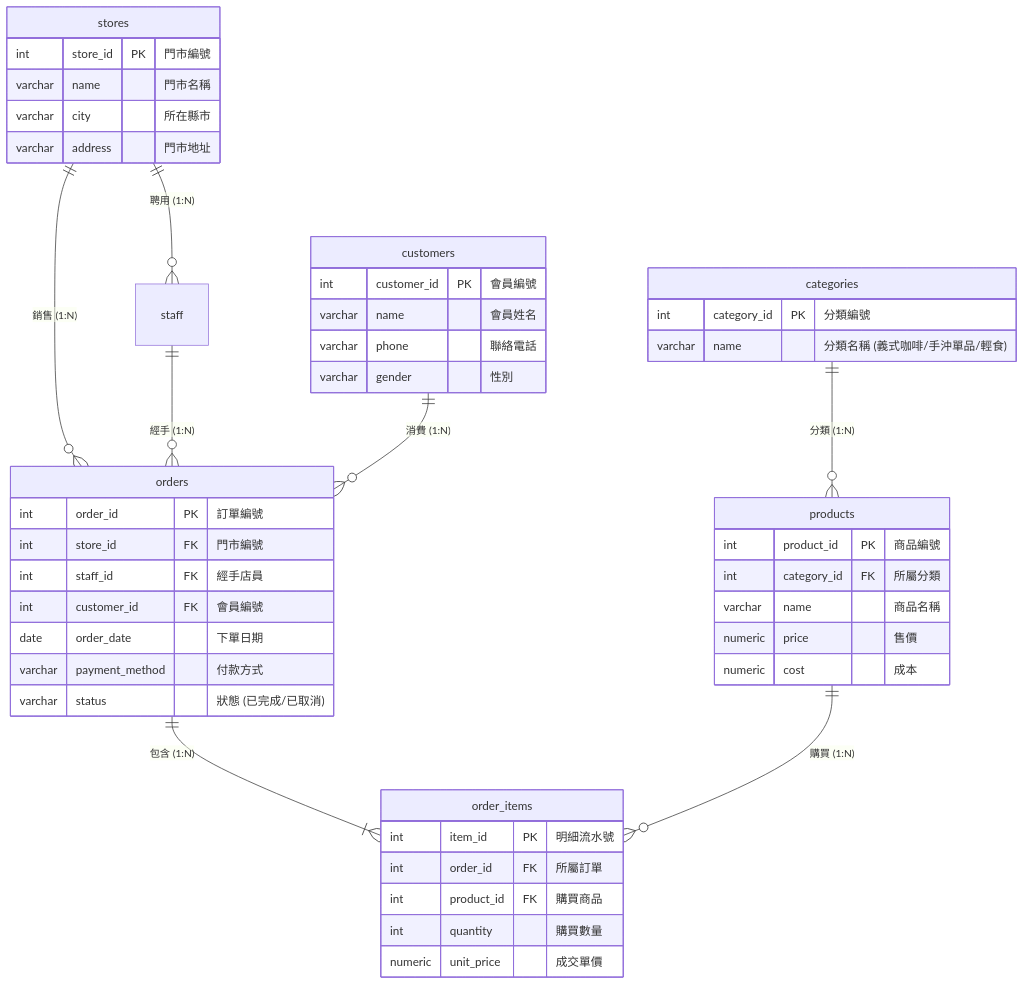
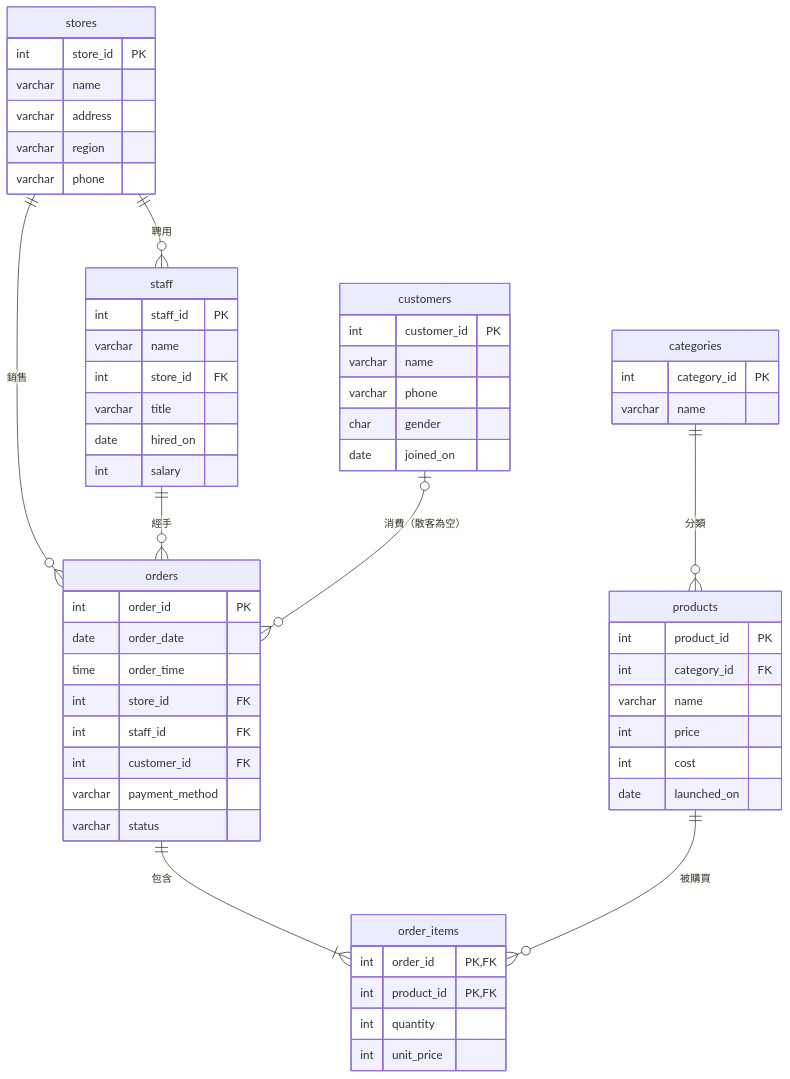
The first of 2 diagrams in SQL語法教學/7創建關聯資料庫.md (roberthsu2003/postgreSQL_MCP), drawn with Mermaid before and after one commit. The commit also changed other lines of this file and 67 other files, not shown here.

````diff
--- a/SQL語法教學/7創建關聯資料庫.md
+++ b/SQL語法教學/7創建關聯資料庫.md
@@ -6,55 +13,61 @@
 ```mermaid
 erDiagram
-    stores ||--o{ staff : "聘用 (1:N)"
-    stores ||--o{ orders : "銷售 (1:N)"
-    staff ||--o{ orders : "經手 (1:N)"
-    customers ||--o{ orders : "消費 (1:N)"
-    orders ||--|{ order_items : "包含 (1:N)"
-    products ||--o{ order_items : "購買 (1:N)"
-    categories ||--o{ products : "分類 (1:N)"
+    stores ||--o{ staff : "聘用"
+    stores ||--o{ orders : "銷售"
+    staff ||--o{ orders : "經手"
+    customers |o--o{ orders : "消費（散客為空）"
+    categories ||--o{ products : "分類"
+    orders ||--|{ order_items : "包含"
+    products ||--o{ order_items : "被購買"
 
     stores {
-        int store_id PK "門市編號"
-        varchar name "門市名稱"
-        varchar city "所在縣市"
-        varchar address "門市地址"
+        int store_id PK
+        varchar name
+        varchar address
+        varchar region
+        varchar phone
     }
-
+    staff {
+        int staff_id PK
+        varchar name
+        int store_id FK
+        varchar title
+        date hired_on
+        int salary
+    }
     categories {
-        int category_id PK "分類編號"
-        varchar name "分類名稱 (義式咖啡/手沖單品/輕食)"
+        int category_id PK
+        varchar name
     }
-
     products {
-        int product_id PK "商品編號"
-        int category_id FK "所屬分類"
-        varchar name "商品名稱"
-        numeric price "售價"
-        numeric cost "成本"
+        int product_id PK
+        int category_id FK
+        varchar name
+        int price
+        int cost
+        date launched_on
     }
-
     customers {
-        int customer_id PK "會員編號"
-        varchar name "會員姓名"
-        varchar phone "聯絡電話"
-        varchar gender "性別"
+        int customer_id PK
+        varchar name
+        varchar phone
+        char gender
+        date joined_on
     }
-
     orders {
-        int order_id PK "訂單編號"
-        int store_id FK "門市編號"
-        int staff_id FK "經手店員"
-        int customer_id FK "會員編號"
-        date order_date "下單日期"
-        varchar payment_method "付款方式"
-        varchar status "狀態 (已完成/已取消)"
+        int order_id PK
+        date order_date
+        time order_time
+        int store_id FK
+        int staff_id FK
+        int customer_id FK
+        varchar payment_method
+        varchar status
     }
-
     order_items {
-        int item_id PK "明細流水號"
-        int order_id FK "所屬訂單"
-        int product_id FK "購買商品"
-        int quantity "購買數量"
-        numeric unit_price "成交單價"
+        int order_id PK,FK
+        int product_id PK,FK
+        int quantity
+        int unit_price
     }
 ```
````
